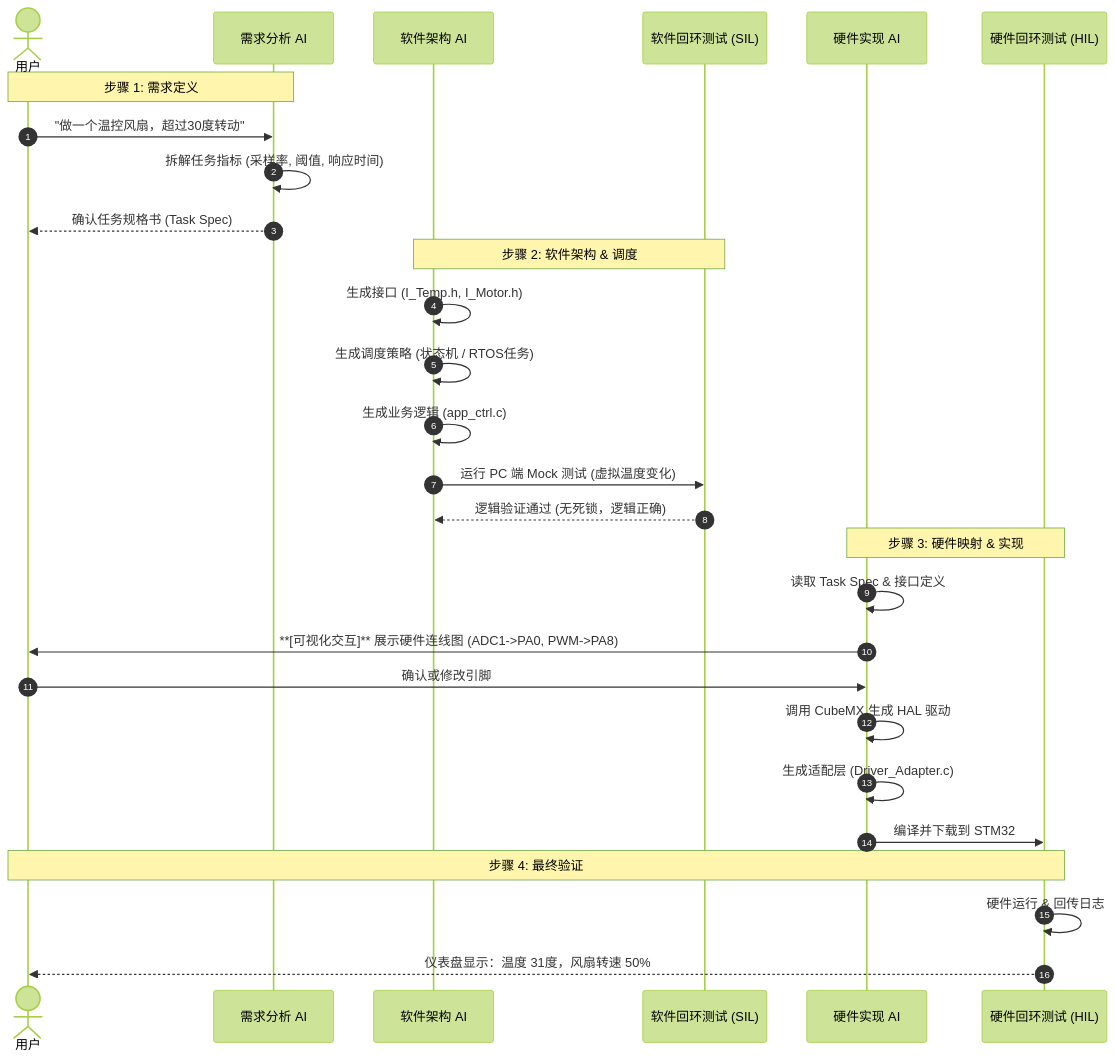
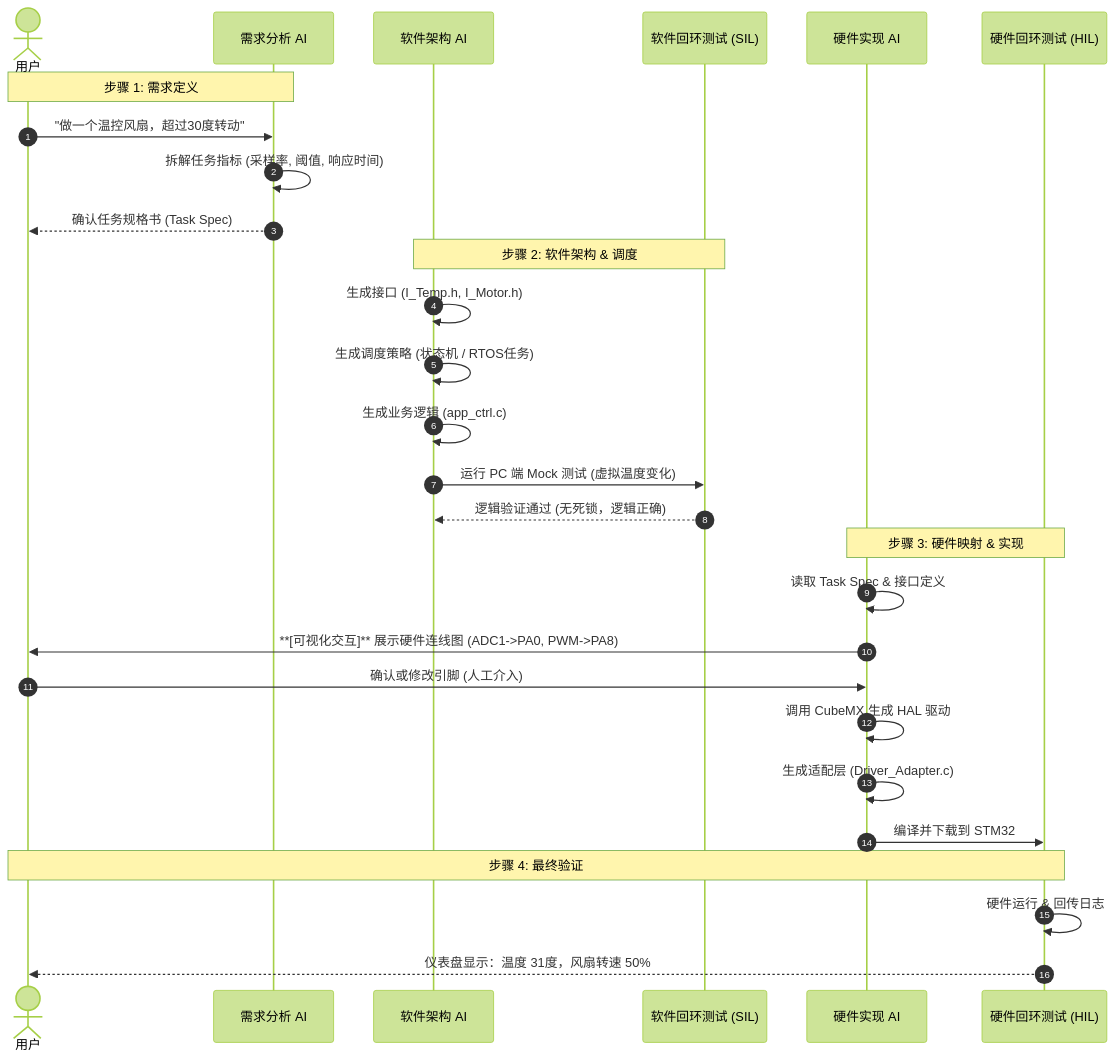
Before and after one commit to ReifyFlow/ReifyFlow: the second of 2 diagrams in README.md, drawn with Mermaid (forest theme). The commit also changed other lines of this file, not shown here.

````diff
--- a/README.md
+++ b/README.md
@@ -89,34 +96,34 @@
 ```mermaid
 sequenceDiagram
     autonumber
     actor User as 用户
     participant AI_Analyst as 需求分析 AI
     participant AI_Arch as 软件架构 AI
     participant SIL as 软件回环测试 (SIL)
     participant AI_HW as 硬件实现 AI
     participant HIL as 硬件回环测试 (HIL)
 
     Note over User, AI_Analyst: 步骤 1: 需求定义
     User->>AI_Analyst: "做一个温控风扇，超过30度转动"
     AI_Analyst->>AI_Analyst: 拆解任务指标 (采样率, 阈值, 响应时间)
     AI_Analyst-->>User: 确认任务规格书 (Task Spec)
 
     Note over AI_Arch, SIL: 步骤 2: 软件架构 & 调度
     AI_Arch->>AI_Arch: 生成接口 (I_Temp.h, I_Motor.h)
     AI_Arch->>AI_Arch: 生成调度策略 (状态机 / RTOS任务)
     AI_Arch->>AI_Arch: 生成业务逻辑 (app_ctrl.c)
     AI_Arch->>SIL: 运行 PC 端 Mock 测试 (虚拟温度变化)
     SIL-->>AI_Arch: 逻辑验证通过 (无死锁，逻辑正确)
 
     Note over AI_HW, HIL: 步骤 3: 硬件映射 & 实现
     AI_HW->>AI_HW: 读取 Task Spec & 接口定义
     AI_HW->>User: **[可视化交互]** 展示硬件连线图 (ADC1->PA0, PWM->PA8)
-    User->>AI_HW: 确认或修改引脚
+    User->>AI_HW: 确认或修改引脚 (人工介入)
     AI_HW->>AI_HW: 调用 CubeMX 生成 HAL 驱动
     AI_HW->>AI_HW: 生成适配层 (Driver_Adapter.c)
     AI_HW->>HIL: 编译并下载到 STM32
 
     Note over HIL, User: 步骤 4: 最终验证
     HIL->>HIL: 硬件运行 & 回传日志
     HIL-->>User: 仪表盘显示：温度 31度，风扇转速 50%
 ```
````
